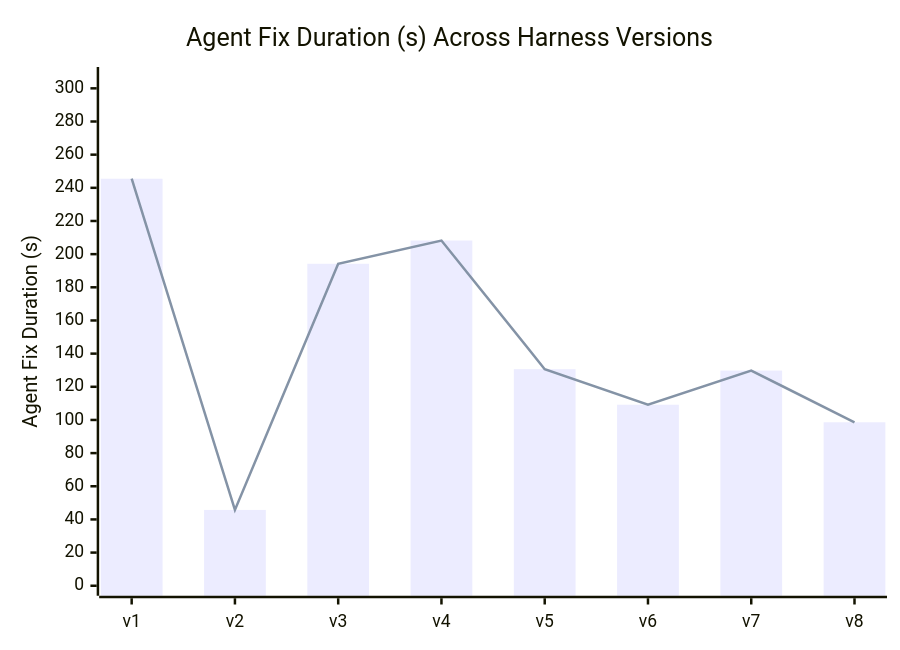
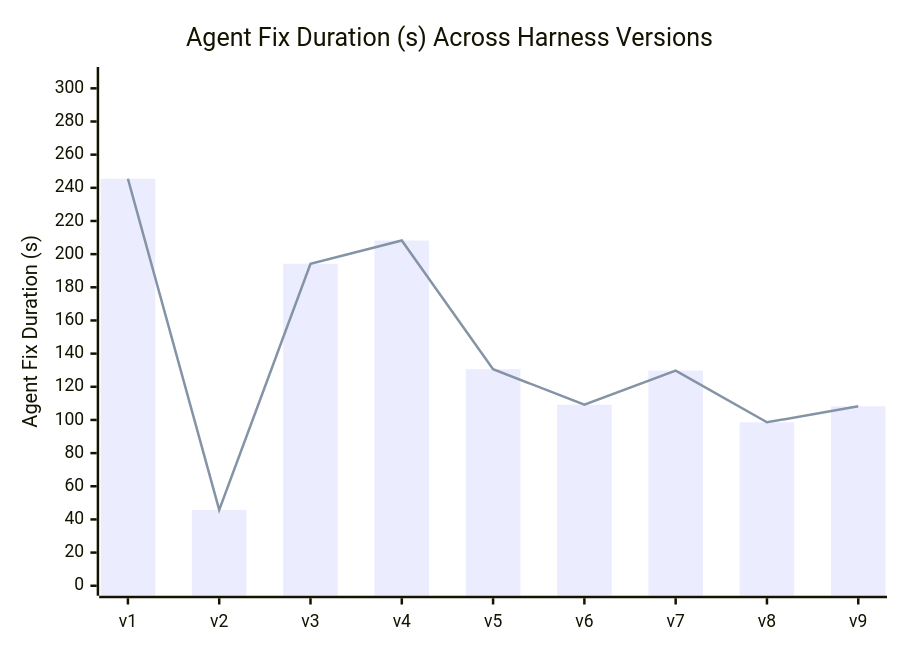
One commit to denizin42/cs440-lab6-thealgorithms-contrib changed the diagram in PERFORMANCE_REPORT.md. Above: the diagram before and after it, drawn with Mermaid. The commit also changed other lines of this file and 14 other files, not shown here.

````diff
--- a/PERFORMANCE_REPORT.md
+++ b/PERFORMANCE_REPORT.md
@@ -21,8 +21,8 @@
 ```mermaid
 xychart-beta
     title "Agent Fix Duration (s) Across Harness Versions"
-    x-axis ["v1", "v2", "v3", "v4", "v5", "v6", "v7", "v8"]
+    x-axis ["v1", "v2", "v3", "v4", "v5", "v6", "v7", "v8", "v9"]
     y-axis "Agent Fix Duration (s)" 0 --> 306.84
-    bar [245.475, 45.724, 194.199, 208.213, 130.619, 109.192, 129.762, 98.587]
-    line [245.475, 45.724, 194.199, 208.213, 130.619, 109.192, 129.762, 98.587]
+    bar [245.475, 45.724, 194.199, 208.213, 130.619, 109.192, 129.762, 98.587, 108.264]
+    line [245.475, 45.724, 194.199, 208.213, 130.619, 109.192, 129.762, 98.587, 108.264]
 ```
````
